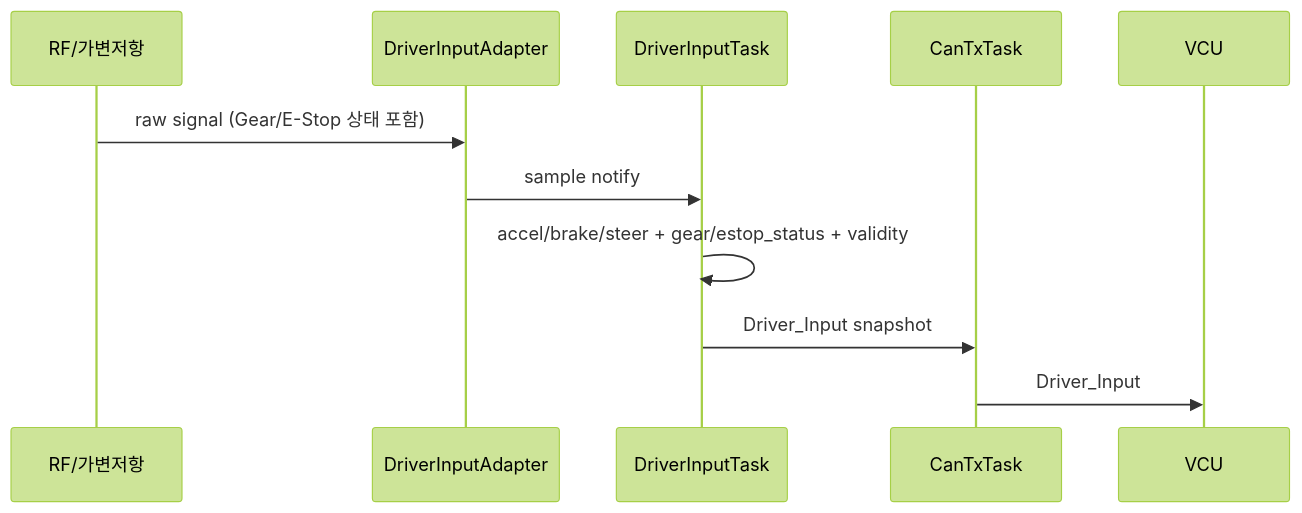
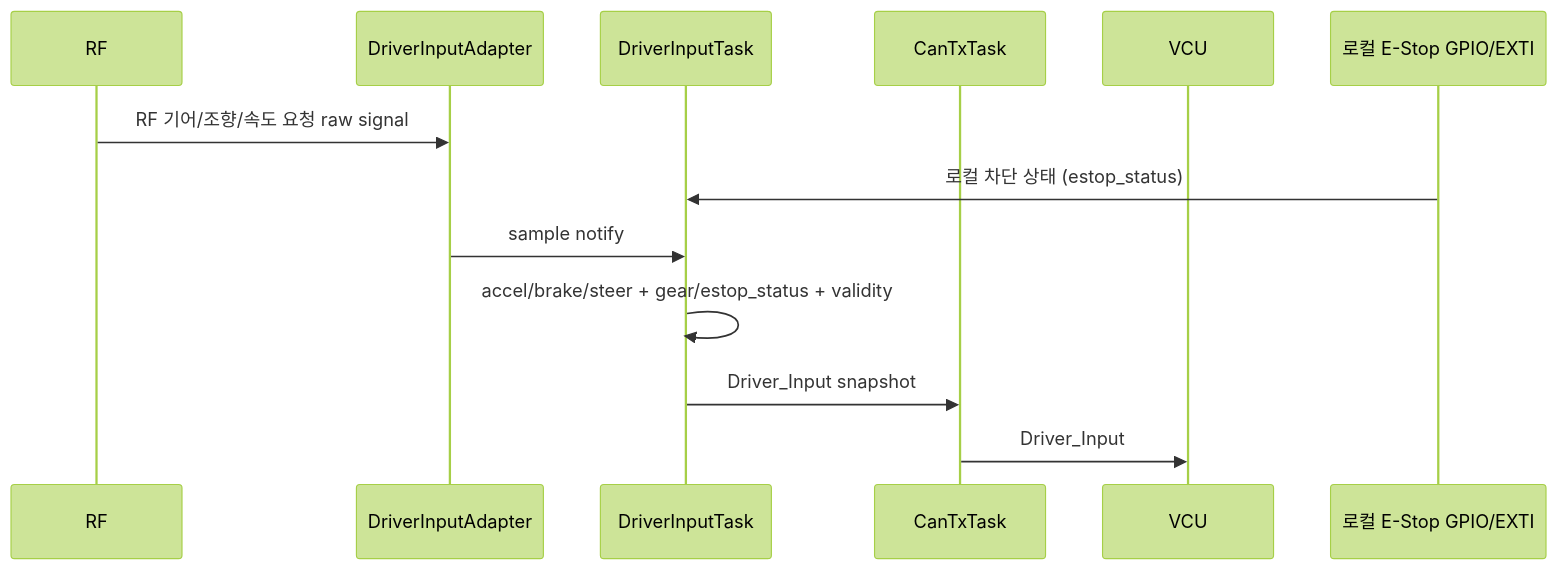
One commit to sunmaan22/SDV_MCU_Project changed the third of 5 diagrams in docs/ecus/Motor_Steering_Control/ARCHITECTURE.md. Above: the diagram before and after it, drawn with Mermaid (forest theme). The commit also changed other lines of this file and 13 other files, not shown here.

First line of the commit message:
docs: plan C driver input over nRF24L01 SPI

````diff
--- a/docs/ecus/Motor_Steering_Control/ARCHITECTURE.md
+++ b/docs/ecus/Motor_Steering_Control/ARCHITECTURE.md
@@ -337,14 +348,16 @@
 ```mermaid
 sequenceDiagram
-    participant IN as RF/가변저항
-    participant ADC as DriverInputAdapter
+    participant IN as RF
+    participant RFAD as DriverInputAdapter
     participant DI as DriverInputTask
     participant TX as CanTxTask
     participant VCU
 
-    IN->>ADC: raw signal (Gear/E-Stop 상태 포함)
-    ADC->>DI: sample notify
+    participant ES as 로컬 E-Stop GPIO/EXTI
+    IN->>RFAD: RF 기어/조향/속도 요청 raw signal
+    ES->>DI: 로컬 차단 상태 (estop_status)
+    RFAD->>DI: sample notify
     DI->>DI: accel/brake/steer + gear/estop_status + validity
     DI->>TX: Driver_Input snapshot
     TX->>VCU: Driver_Input
 ```
````
